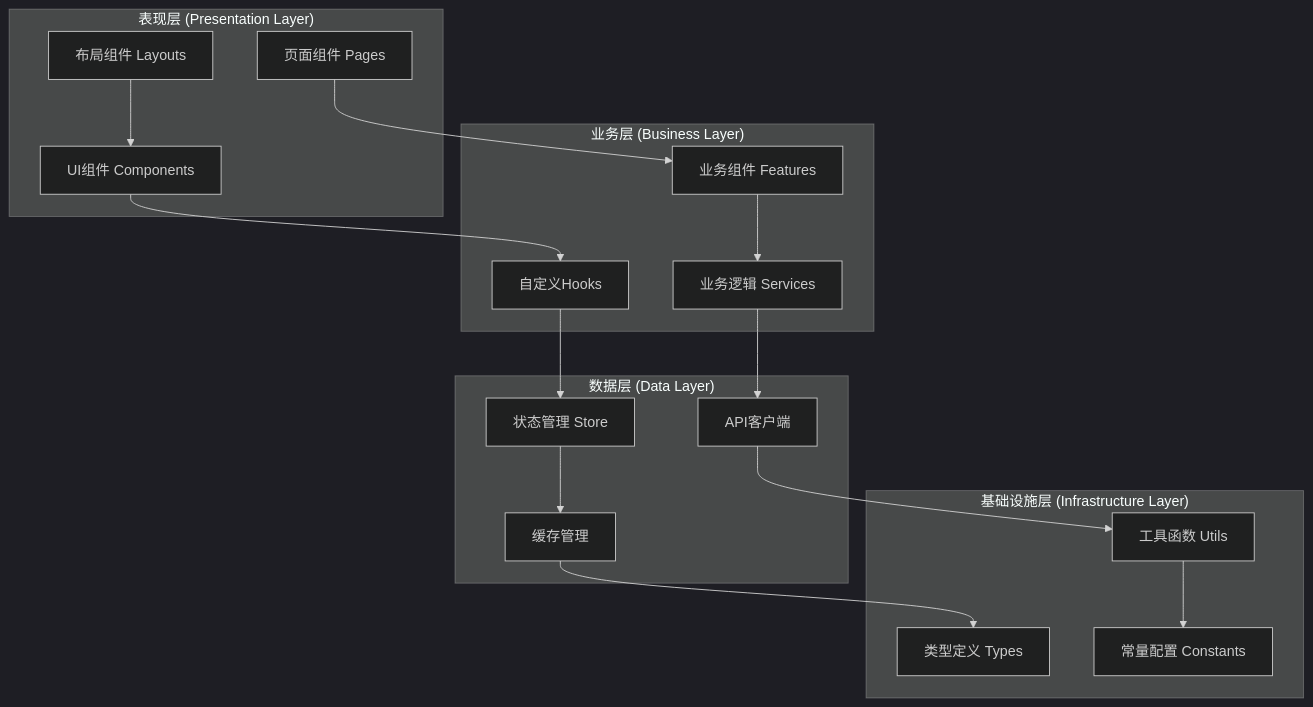
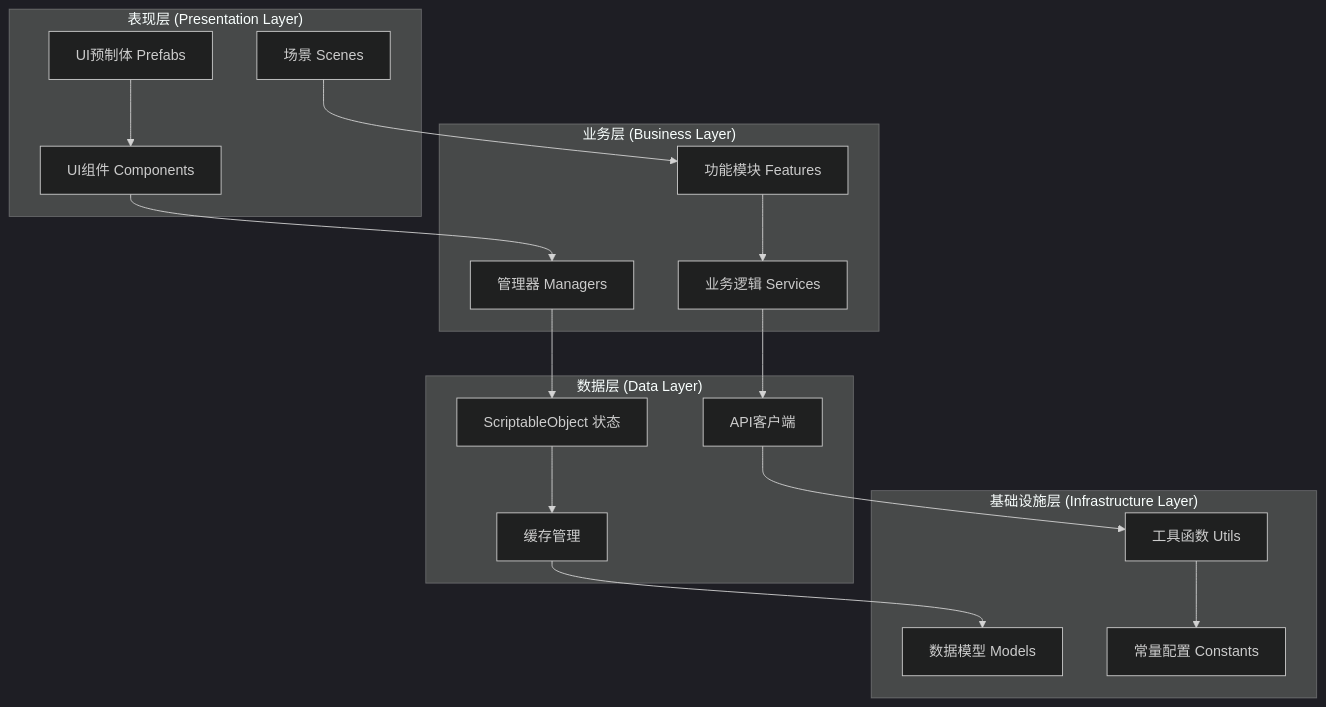
The diagram in doc/guides/technical/frontend-architecture.md (yingsiqi/Immortality), drawn with Mermaid (dark theme) before and after one commit. The commit also changed other lines of this file and 25 other files, not shown here.

````diff
--- a/doc/guides/technical/frontend-architecture.md
+++ b/doc/guides/technical/frontend-architecture.md
@@ -45,37 +47,37 @@
 ```mermaid
 flowchart TB
     subgraph "表现层 (Presentation Layer)"
-        A[页面组件 Pages]
-        B[布局组件 Layouts]
+        A[场景 Scenes]
+        B[UI预制体 Prefabs]
         C[UI组件 Components]
     end
     
     subgraph "业务层 (Business Layer)"
-        D[业务组件 Features]
-        E[自定义Hooks]
+        D[功能模块 Features]
+        E[管理器 Managers]
         F[业务逻辑 Services]
     end
     
     subgraph "数据层 (Data Layer)"
-        G[状态管理 Store]
+        G[ScriptableObject 状态]
         H[API客户端]
         I[缓存管理]
     end
     
     subgraph "基础设施层 (Infrastructure Layer)"
         J[工具函数 Utils]
-        K[类型定义 Types]
+        K[数据模型 Models]
         L[常量配置 Constants]
     end
     
     A --> D
     B --> C
     C --> E
     D --> F
     E --> G
     F --> H
     G --> I
     H --> J
     I --> K
     J --> L
 ```
````
